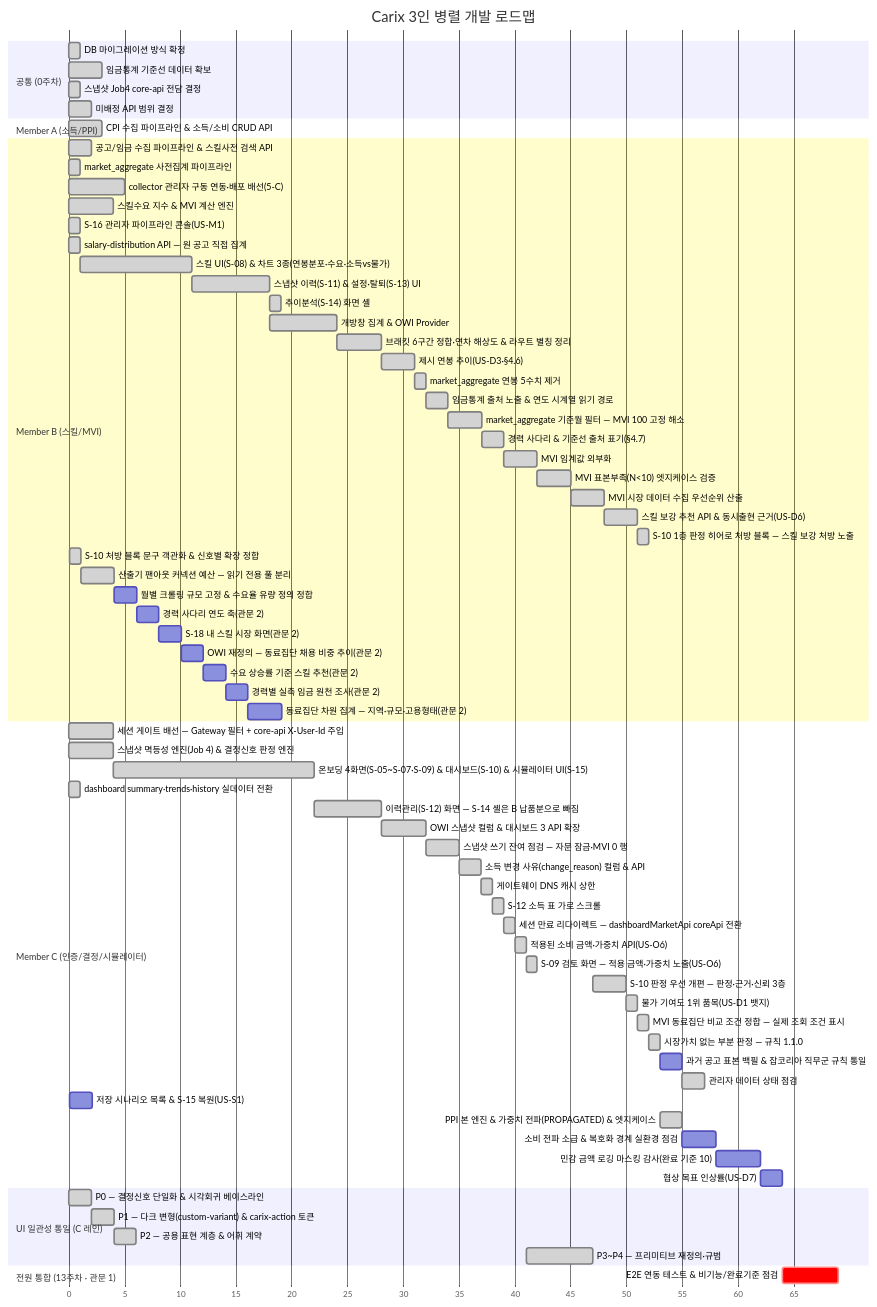
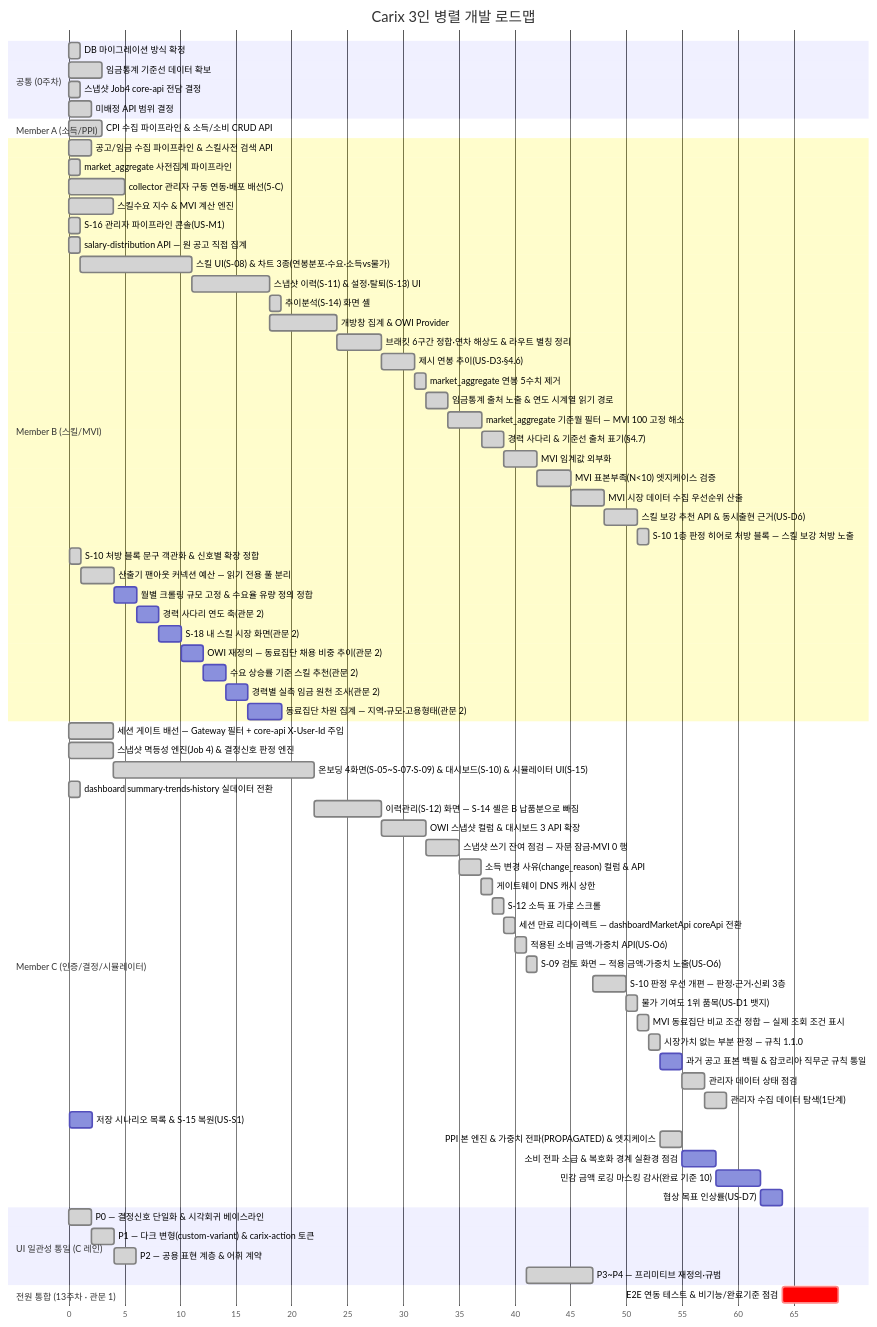
One commit to SeoHyeokGyu/Carix changed the first of 2 diagrams in docs/plans/carix-dev-plan.md. Above: the diagram before and after it, drawn with Mermaid. The commit also changed other lines of this file and 1 other file, not shown here.

Commit message:
docs: 관리자 수집 데이터 탐색을 API 규격·계획에 반영한다

````diff
--- a/docs/plans/carix-dev-plan.md
+++ b/docs/plans/carix-dev-plan.md
@@ -94,76 +94,77 @@
 ```mermaid
 gantt
     title Carix 3인 병렬 개발 로드맵
     dateFormat X
     axisFormat %s
     section 공통 (0주차)
     DB 마이그레이션 방식 확정 :done, c0a, 0, 1s
     임금통계 기준선 데이터 확보 :done, a0, 3, 3s
     스냅샷 Job4 core-api 전담 결정 :done, i0, 7, 1s
     미배정 API 범위 결정 :done, c0, 7, 2s
     section Member A (소득/PPI)
     CPI 수집 파이프라인 & 소득/소비 CRUD API :done, a1, 12, 3s
     section Member B (스킬/MVI)
     공고/임금 수집 파이프라인 & 스킬사전 검색 API :done, b1, 2, 2s
     market_aggregate 사전집계 파이프라인 :done, b2a, 3, 1s
     collector 관리자 구동 연동·배포 배선(5-C) :done, b0, 7, 5s
     스킬수요 지수 & MVI 계산 엔진 :done, b2, 8, 4s
     S-16 관리자 파이프라인 콘솔(US-M1) :done, b16, 14, 1s
     salary-distribution API — 원 공고 직접 집계 :done, b3a, 15, 1s
     스킬 UI(S-08) & 차트 3종(연봉분포·수요·소득vs물가) :done, b3, after b3a, 10s
     스냅샷 이력(S-11) & 설정·탈퇴(S-13) UI :done, b4, after b3, 7s
     추이분석(S-14) 화면 셸 :done, b4a, after b4, 1s
     개방창 집계 & OWI Provider :done, b6, after b4, 6s
     브래킷 6구간 정합·연차 해상도 & 라우트 별칭 정리 :done, b7, after b6, 4s
     제시 연봉 추이(US-D3·§4.6) :done, b10, after b7, 3s
     market_aggregate 연봉 5수치 제거 :done, b11, after b10, 1s
     임금통계 출처 노출 & 연도 시계열 읽기 경로 :done, b13, after b11, 2s
     market_aggregate 기준월 필터 — MVI 100 고정 해소 :done, b18, after b13, 3s
     경력 사다리 & 기준선 출처 표기(§4.7) :done, b12, after b18, 2s
     MVI 임계값 외부화 :done, b8, after b12, 3s
     MVI 표본부족(N<10) 엣지케이스 검증 :done, b8a, after b8, 3s
     MVI 시장 데이터 수집 우선순위 산출 :done, b8b, after b8a, 3s
     스킬 보강 추천 API & 동시출현 근거(US-D6) :done, b9, after b8b, 3s
     S-10 1층 판정 히어로 처방 블록 — 스킬 보강 처방 노출 :done, b15, after b9, 1s
     S-10 처방 블록 문구 객관화 & 신호별 확장 정합 :done, b20, 83, 1s
     산출기 팬아웃 커넥션 예산 — 읽기 전용 풀 분리 :done, b17, after b20, 3s
     월별 크롤링 규모 고정 & 수요율 유량 정의 정합 :b21, after b17, 2s
     경력 사다리 연도 축(관문 2) :b14, after b21, 2s
     S-18 내 스킬 시장 화면(관문 2) :b19, after b14, 2s
     OWI 재정의 — 동료집단 채용 비중 추이(관문 2) :b22, after b19, 2s
     수요 상승률 기준 스킬 추천(관문 2) :b23, after b22, 2s
     경력별 실측 임금 원천 조사(관문 2) :b24, after b23, 2s
     동료집단 차원 집계 — 지역·규모·고용형태(관문 2) :b25, after b24, 3s
     section Member C (인증/결정/시뮬레이터)
     세션 게이트 배선 — Gateway 필터 + core-api X-User-Id 주입 :done, c0b, 7, 4s
     스냅샷 멱등성 엔진(Job 4) & 결정신호 판정 엔진 :done, c2, 8, 4s
     온보딩 4화면(S-05~S-07·S-09) & 대시보드(S-10) & 시뮬레이터 UI(S-15) :done, c3, after c2, 18s
     dashboard summary·trends·history 실데이터 전환 :done, c4a, 15, 1s
     이력관리(S-12) 화면 — S-14 셸은 B 납품분으로 빠짐 :done, c4, after c3, 6s
     OWI 스냅샷 컬럼 & 대시보드 3 API 확장 :done, c6, after c4, 4s
     스냅샷 쓰기 잔여 점검 — 자문 잠금·MVI 0 행 :done, c5, after c6, 3s
     소득 변경 사유(change_reason) 컬럼 & API :done, c10, after c5, 2s
     게이트웨이 DNS 캐시 상한 :done, c7, after c10, 1s
     S-12 소득 표 가로 스크롤 :done, c13, after c7, 1s
     세션 만료 리다이렉트 — dashboardMarketApi coreApi 전환 :done, c16, after c13, 1s
     적용된 소비 금액·가중치 API(US-O6) :done, c11, after c16, 1s
     S-09 검토 화면 — 적용 금액·가중치 노출(US-O6) :done, c17, after c11, 1s
     S-10 판정 우선 개편 — 판정·근거·신뢰 3층 :done, c15, after ui3, 3s
     물가 기여도 1위 품목(US-D1 뱃지) :done, c12, after c15, 1s
     MVI 동료집단 비교 조건 정합 — 실제 조회 조건 표시 :done, c22, after c12, 1s
     시장가치 없는 부분 판정 — 규칙 1.1.0 :done, c23, after c22, 1s
     과거 공고 표본 백필 & 잡코리아 직무군 규칙 통일 :c24, after c23, 2s
     관리자 데이터 상태 점검 :done, c25, after c24, 2s
+    관리자 수집 데이터 탐색(1단계) :done, c26, after c25, 2s
     저장 시나리오 목록 & S-15 복원(US-S1) :c9, 83, 2s
     PPI 본 엔진 & 가중치 전파(PROPAGATED) & 엣지케이스 :done, a2, after c23, 2s
     소비 전파 소급 & 복호화 경계 실환경 점검 :a12, after a2 c9, 3s
     민감 금액 로깅 마스킹 감사(완료 기준 10) :a7, after a12, 4s
     협상 목표 인상률(US-D7) :c8, after a7, 2s
     section UI 일관성 통일 (C 레인)
     P0 — 결정신호 단일화 & 시각회귀 베이스라인 :done, ui0, 33, 2s
     P1 — 다크 변형(custom-variant) & carix-action 토큰 :done, ui1, after ui0, 2s
     P2 — 공용 표현 계층 & 어휘 계약 :done, ui2, after ui1, 2s
     P3~P4 — 프리미티브 재정의·규범 :done, ui3, after c11, 6s
     section 전원 통합 (13주차 · 관문 1)
     E2E 연동 테스트 & 비기능/완료기준 점검 :crit, e2e, after b21 c8, 5s
 ```
````
